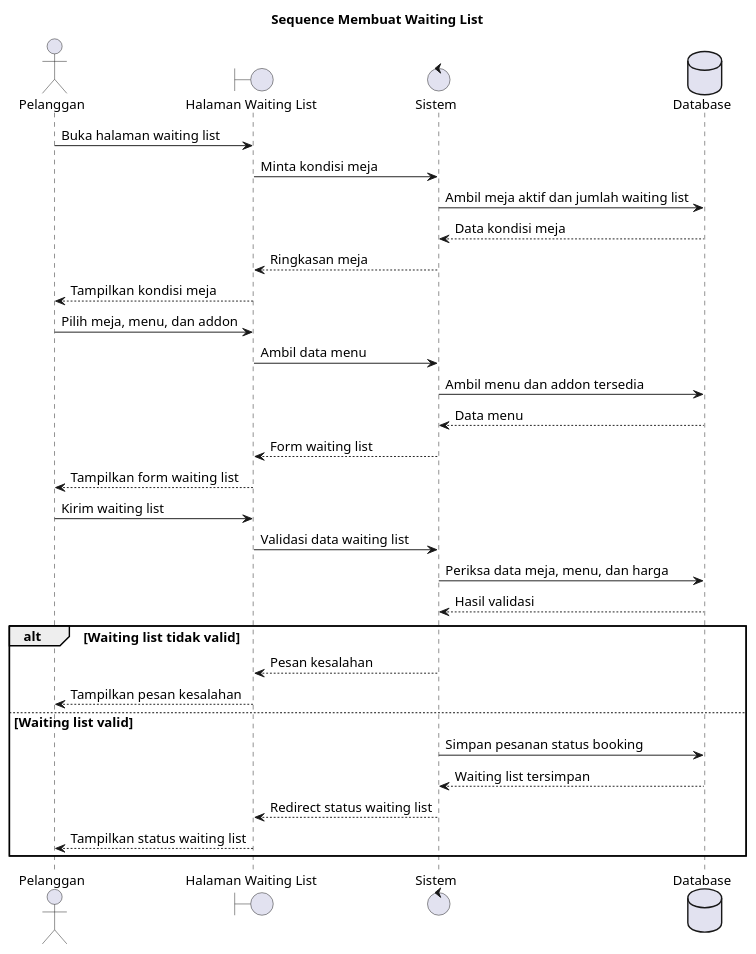
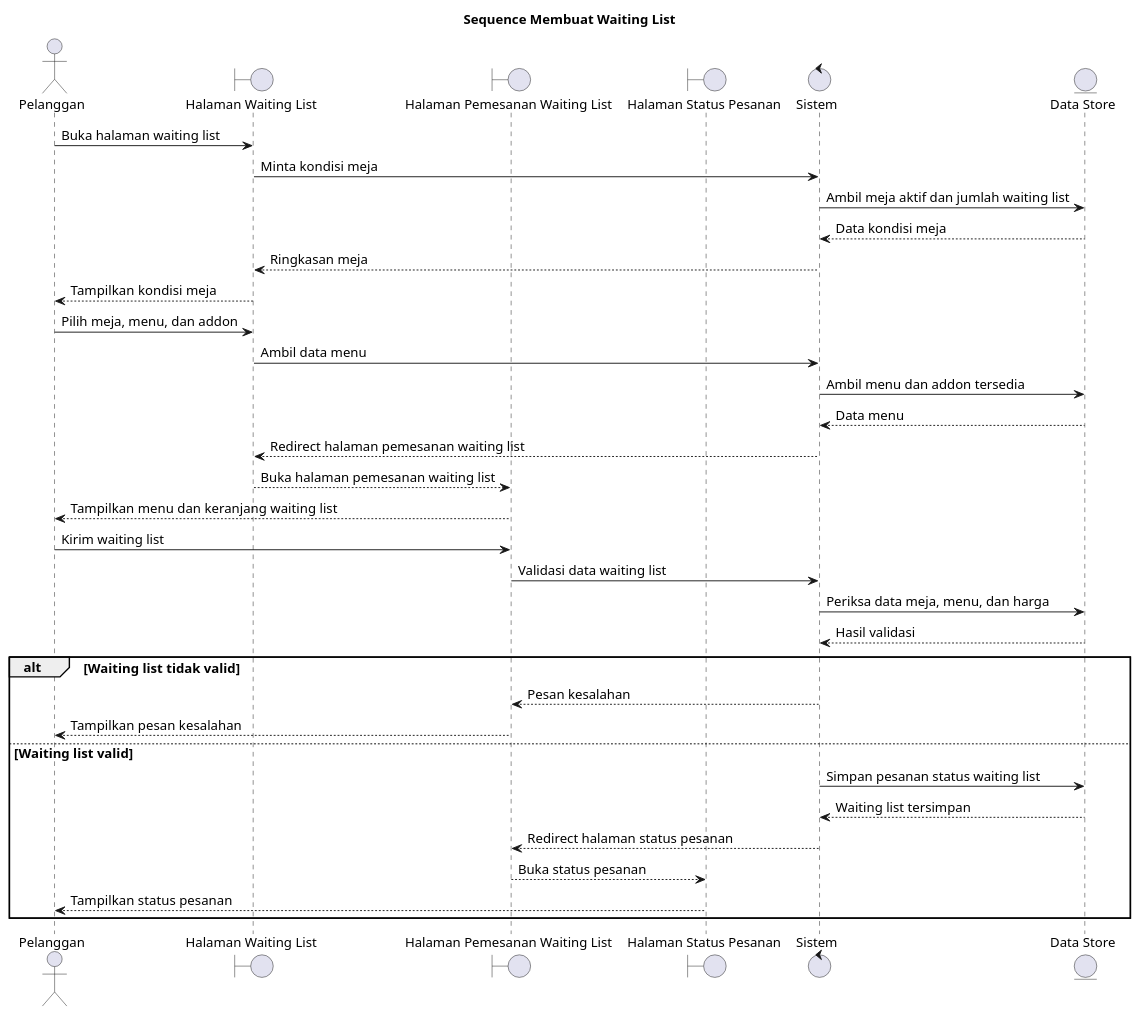
One commit to Samaelzco/warung_baleganjur changed the fifth of 15 diagrams in docs/sequence-diagrams-plantuml.md. Above: the diagram before and after it, drawn with PlantUML. The commit also changed other lines of this file and 35 other files, not shown here.

````diff
--- a/docs/sequence-diagrams-plantuml.md
+++ b/docs/sequence-diagrams-plantuml.md
@@ -187,43 +189,47 @@
 ```plantuml
 @startuml
 title Sequence Membuat Waiting List
 
 skinparam defaultFontName Arial
 skinparam defaultFontSize 14
 
 actor Pelanggan
 boundary "Halaman Waiting List" as Page
+boundary "Halaman Pemesanan Waiting List" as OrderPage
+boundary "Halaman Status Pesanan" as StatusPage
 control "Sistem" as System
-database "Database" as DB
+entity "Data Store" as DB
 
 Pelanggan -> Page: Buka halaman waiting list
 Page -> System: Minta kondisi meja
 System -> DB: Ambil meja aktif dan jumlah waiting list
 DB --> System: Data kondisi meja
 System --> Page: Ringkasan meja
 Page --> Pelanggan: Tampilkan kondisi meja
 
 Pelanggan -> Page: Pilih meja, menu, dan addon
 Page -> System: Ambil data menu
 System -> DB: Ambil menu dan addon tersedia
 DB --> System: Data menu
-System --> Page: Form waiting list
-Page --> Pelanggan: Tampilkan form waiting list
+System --> Page: Redirect halaman pemesanan waiting list
+Page --> OrderPage: Buka halaman pemesanan waiting list
+OrderPage --> Pelanggan: Tampilkan menu dan keranjang waiting list
 
-Pelanggan -> Page: Kirim waiting list
-Page -> System: Validasi data waiting list
+Pelanggan -> OrderPage: Kirim waiting list
+OrderPage -> System: Validasi data waiting list
 System -> DB: Periksa data meja, menu, dan harga
 DB --> System: Hasil validasi
 
 alt Waiting list tidak valid
-    System --> Page: Pesan kesalahan
-    Page --> Pelanggan: Tampilkan pesan kesalahan
+    System --> OrderPage: Pesan kesalahan
+    OrderPage --> Pelanggan: Tampilkan pesan kesalahan
 else Waiting list valid
-    System -> DB: Simpan pesanan status booking
+    System -> DB: Simpan pesanan status waiting list
     DB --> System: Waiting list tersimpan
-    System --> Page: Redirect status waiting list
-    Page --> Pelanggan: Tampilkan status waiting list
+    System --> OrderPage: Redirect halaman status pesanan
+    OrderPage --> StatusPage: Buka status pesanan
+    StatusPage --> Pelanggan: Tampilkan status pesanan
 end
 
 @enduml
 ```
````
